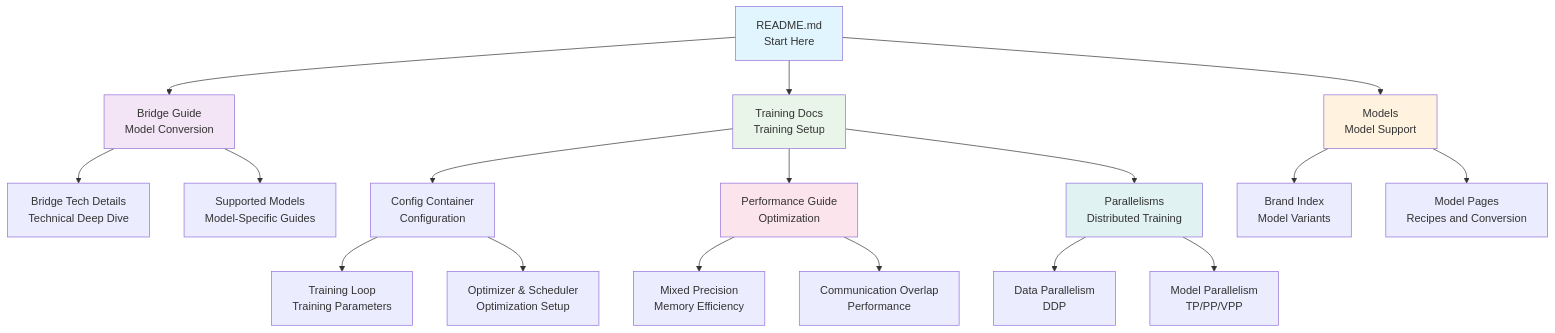
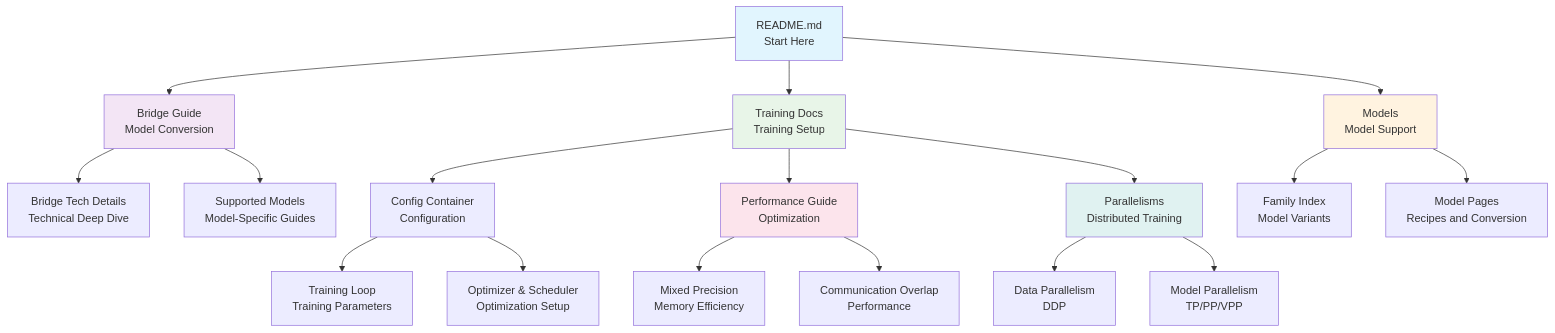
Before and after one commit to NVIDIA-NeMo/Megatron-Bridge: the diagram in docs/README.md, drawn with Mermaid. The commit also changed other lines of this file and 4 other files, not shown here.

Commit message:
[docs] fix: Use family terminology for model docs

````diff
--- a/docs/README.md
+++ b/docs/README.md
@@ -216,32 +216,32 @@
 ```mermaid
 graph TD
     A[README.md<br/>Start Here] --> B[Bridge Guide<br/>Model Conversion]
     A --> C[Training Docs<br/>Training Setup]
     A --> D[Models<br/>Model Support]
     
     B --> E[Bridge Tech Details<br/>Technical Deep Dive]
     B --> F[Supported Models<br/>Model-Specific Guides]
     
     C --> G[Config Container<br/>Configuration]
     C --> H[Performance Guide<br/>Optimization]
     C --> I[Parallelisms<br/>Distributed Training]
     
     G --> J[Training Loop<br/>Training Parameters]
     G --> K[Optimizer & Scheduler<br/>Optimization Setup]
     
     H --> L[Mixed Precision<br/>Memory Efficiency]
     H --> M[Communication Overlap<br/>Performance]
     
     I --> N[Data Parallelism<br/>DDP]
     I --> O[Model Parallelism<br/>TP/PP/VPP]
     
-    D --> P[Brand Index<br/>Model Variants]
+    D --> P[Family Index<br/>Model Variants]
     D --> Q[Model Pages<br/>Recipes and Conversion]
     
     style A fill:#e1f5fe
     style B fill:#f3e5f5
     style C fill:#e8f5e8
     style D fill:#fff3e0
     style H fill:#fce4ec
     style I fill:#e0f2f1
 ```
````
